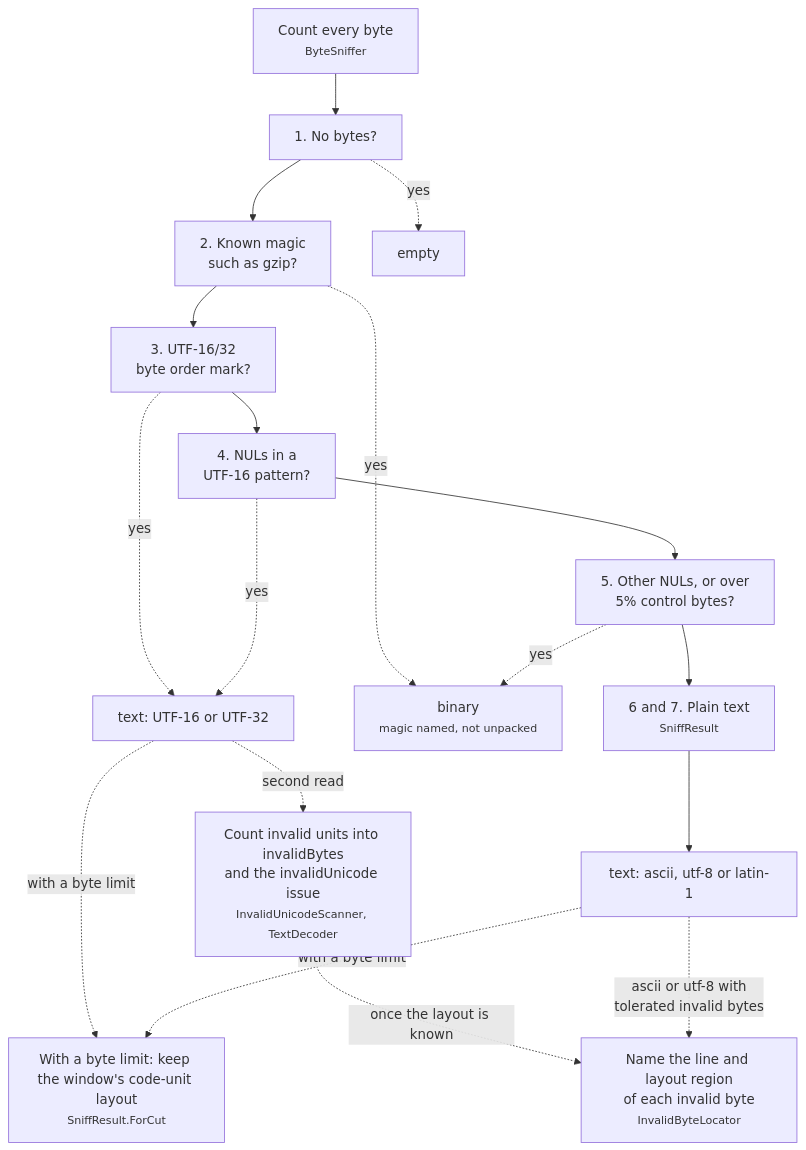
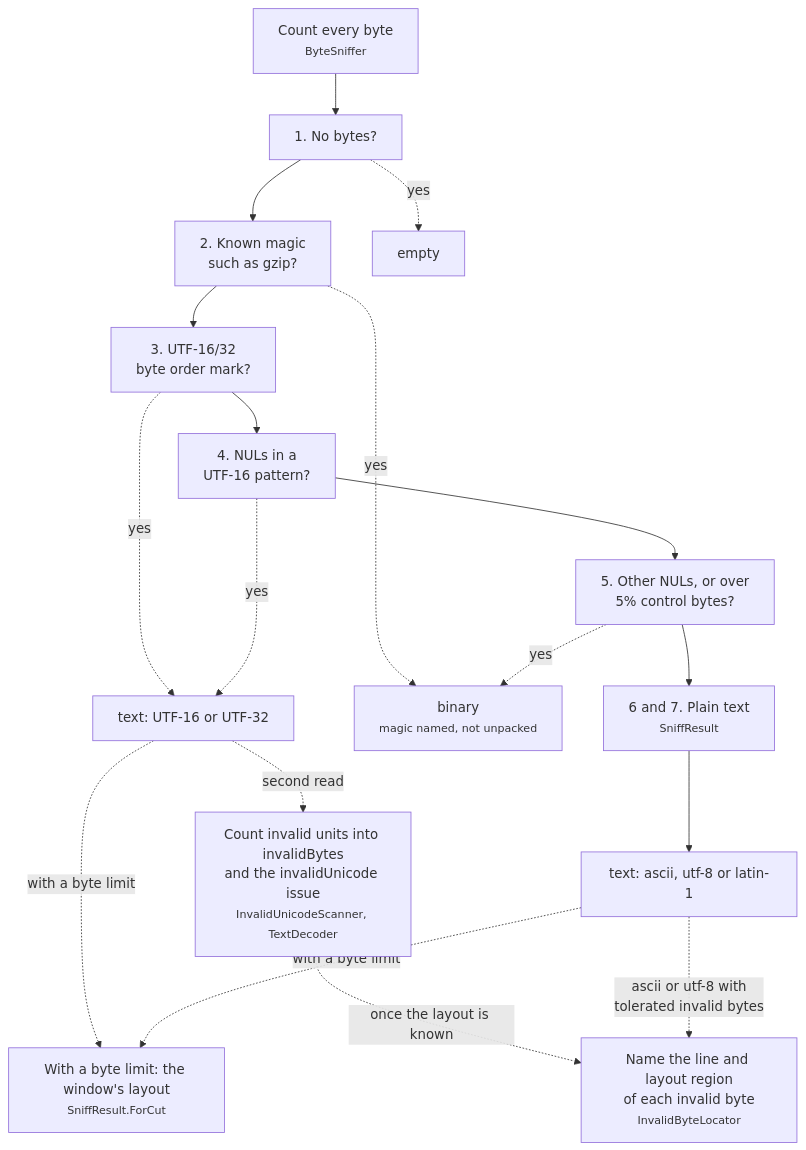
Before and after one commit to squalor-xyz/squalify: diagram 32 of 33 in docs/how-it-works.md, drawn with Mermaid. The commit also changed other lines of this file and 10 other files, not shown here.

````diff
--- a/docs/how-it-works.md
+++ b/docs/how-it-works.md
@@ -530,20 +530,20 @@
 ```mermaid
 flowchart TD
     S["Count every byte<br/><small>ByteSniffer</small>"] --> R1["1. No bytes?"]
     R1 --> R2["2. Known magic<br/>such as gzip?"]
     R2 --> R3["3. UTF-16/32<br/>byte order mark?"]
     R3 --> R4["4. NULs in a<br/>UTF-16 pattern?"]
     R4 --> R5["5. Other NULs, or over<br/>5% control bytes?"]
     R5 --> R6["6 and 7. Plain text<br/><small>SniffResult</small>"]
     R1 -. "yes" .-> E["empty"]
     R2 -. "yes" .-> B["binary<br/><small>magic named, not unpacked</small>"]
     R5 -. "yes" .-> B
     R3 -. "yes" .-> T16["text: UTF-16 or UTF-32"]
     R4 -. "yes" .-> T16
     T16 -. "second read" .-> V["Count invalid units into invalidBytes<br/>and the invalidUnicode issue<br/><small>InvalidUnicodeScanner, TextDecoder</small>"]
     R6 --> T["text: ascii, utf-8 or latin-1"]
-    T16 -. "with a byte limit" .-> K["With a byte limit: keep the window's code-unit layout<br/><small>SniffResult.ForCut</small>"]
+    T16 -. "with a byte limit" .-> K["With a byte limit: the window's layout<br/><small>SniffResult.ForCut</small>"]
     T -. "with a byte limit" .-> K
     V -. "once the layout is known" .-> L["Name the line and layout region<br/>of each invalid byte<br/><small>InvalidByteLocator</small>"]
     T -. "ascii or utf-8 with<br/>tolerated invalid bytes" .-> L
 ```
````
